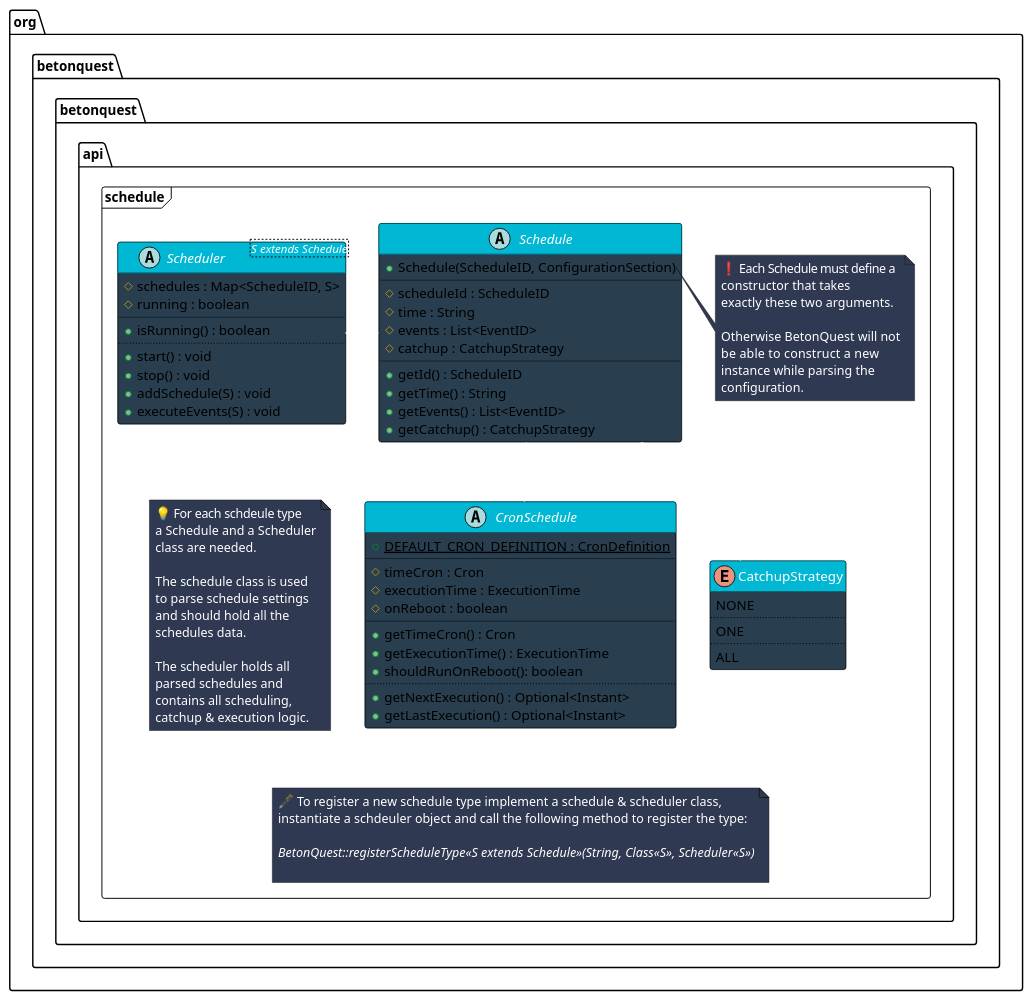
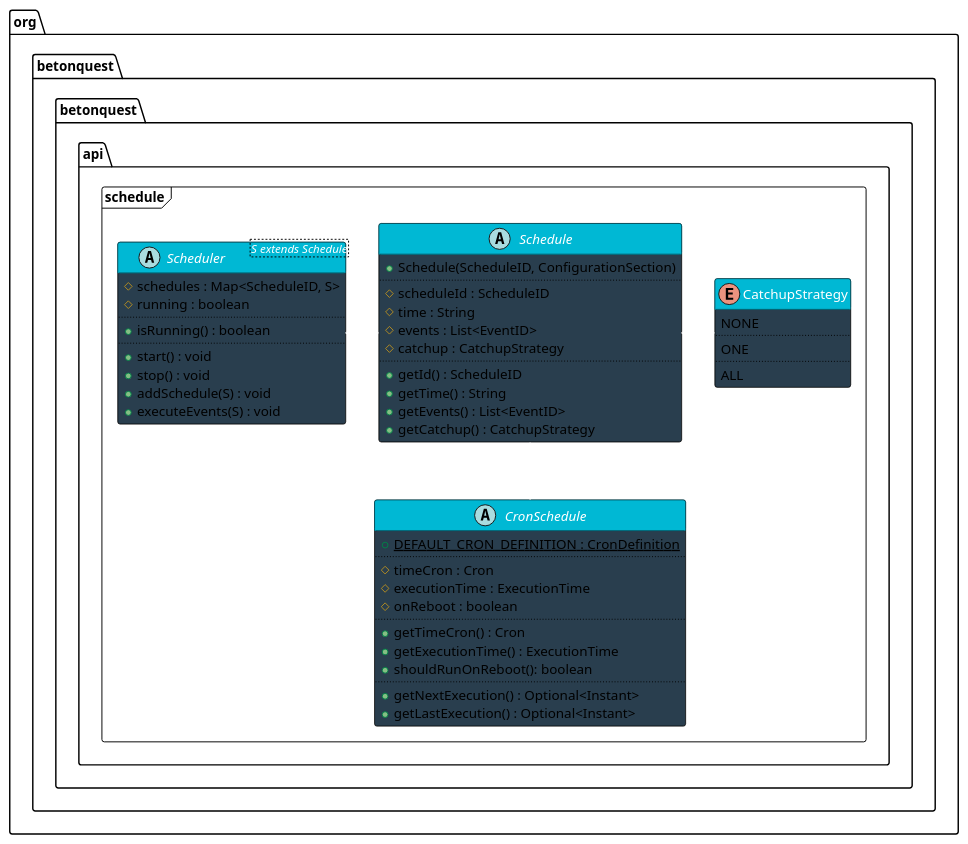
One commit to BetonQuest/BetonQuest changed the diagram in docs/_media/content/API/Schedules/Schedule-dark.puml. Above: the diagram before and after it, drawn with PlantUML. The commit also changed 6 other files, not shown here.

```diff
--- a/docs/_media/content/API/Schedules/Schedule-dark.puml
+++ b/docs/_media/content/API/Schedules/Schedule-dark.puml
@@ -1,117 +1,74 @@
 @startuml "Schedule-dark"
 skinparam ArrowColor white
 skinparam BackgroundColor transparent
 skinparam class {
     StereotypeFontColor white
     FontColor white
     BackgroundColor #293E4E
     HeaderBackgroundColor #00B8D4
     BorderColor black
 }
 skinparam note {
     FontColor white
     BackgroundColor #303952
 }
 skinparam package {
     BorderColor black
 }
 
-
 package "org.betonquest.betonquest.api.schedule" <<Frame>> {
     abstract class Schedule {
         + Schedule(ScheduleID, ConfigurationSection)
-        __
+        ..
         # scheduleId : ScheduleID
         # time : String
         # events : List<EventID>
         # catchup : CatchupStrategy
-        __
+        ..
         + getId() : ScheduleID
         + getTime() : String
         + getEvents() : List<EventID>
         + getCatchup() : CatchupStrategy
     }
-
-    note right of Schedule::"Schedule(ScheduleID, ConfigurationSection)"
-        ❗ Each Schedule must define a
-        constructor that takes 
-        exactly these two arguments.
-
-        Otherwise BetonQuest will not
-        be  able to construct a new 
-        instance while parsing the 
-        configuration.
-    end note
 
     enum CatchupStrategy {
         NONE
         ..
         ONE
         ..
         ALL
     }
 
     abstract class CronSchedule extends Schedule {
         + {static} DEFAULT_CRON_DEFINITION : CronDefinition
-        __
+        ..
         # timeCron : Cron
         # executionTime : ExecutionTime
         # onReboot : boolean
-        __
+        ..
         + getTimeCron() : Cron
         + getExecutionTime() : ExecutionTime
         + shouldRunOnReboot(): boolean
         ..
         + getNextExecution() : Optional<Instant>
         + getLastExecution() : Optional<Instant>
     }
 
     abstract class Scheduler <S extends Schedule> {
         # schedules : Map<ScheduleID, S>
         # running : boolean
-        __
+        ..
         + isRunning() : boolean
         ..
         + start() : void
         + stop() : void
         + addSchedule(S) : void
         + executeEvents(S) : void
     }
 
-    note as N2
-        💡 For each schdeule type
-        a Schedule and a Scheduler
-        class are needed. 
+    Schedule o-right- CatchupStrategy
+    Scheduler o-right- Schedule
 
-        The schedule class is used
-        to parse schedule settings
-        and should hold all the
-        schedules data. 
-
-        The scheduler holds all
-        parsed schedules and
-        contains all scheduling,
-        catchup & execution logic.
-    end note
-
-    note as N3
-        🖋️ To register a new schedule type implement a schedule & scheduler class,
-        instantiate a schdeuler object and call the following method to register the type:
-        
-        <i>BetonQuest::registerScheduleType<<S extends Schedule>>(String, Class<<S>>, Scheduler<<S>>)</i>
-        
-    end note
-
-    Schedule o-down- CatchupStrategy
-    Scheduler o-right- Schedule
-    CronSchedule -[hidden]right- CatchupStrategy 
-
-    N2 -[hidden]up- Scheduler
-    N2 -[hidden]up- Schedule
-
-    N3 -[hidden]up- N2
-    N3 -[hidden]up- CronSchedule
-    N3 -[hidden]up- CatchupStrategy
 }
 
 @enduml
```
